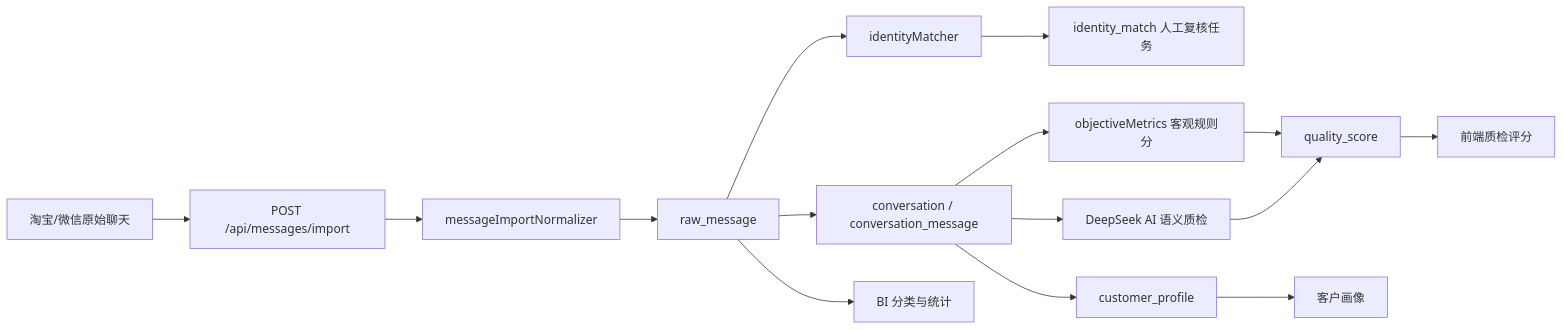
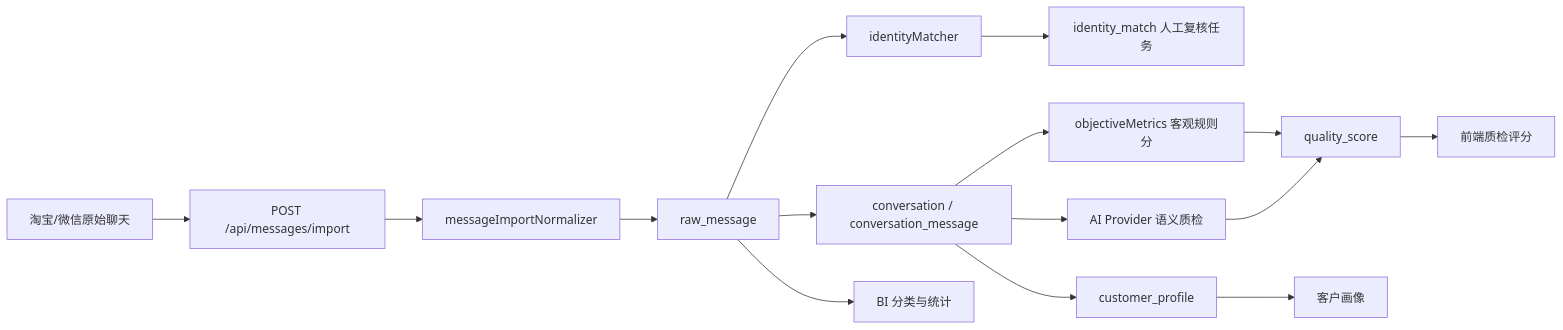
One commit to the-Ks/-k changed the diagram in docs/project-understanding.md. Above: the diagram before and after it, drawn with Mermaid. The commit also changed other lines of this file and 38 other files, not shown here.

````diff
--- a/docs/project-understanding.md
+++ b/docs/project-understanding.md
@@ -44,17 +44,17 @@
 ```mermaid
 flowchart LR
   A["淘宝/微信原始聊天"] --> B["POST /api/messages/import"]
   B --> C["messageImportNormalizer"]
   C --> D["raw_message"]
   D --> E["identityMatcher"]
   E --> F["identity_match 人工复核任务"]
   D --> G["conversation / conversation_message"]
   G --> H["objectiveMetrics 客观规则分"]
-  G --> I["DeepSeek AI 语义质检"]
+  G --> I["AI Provider 语义质检"]
   H --> J["quality_score"]
   I --> J
   G --> K["customer_profile"]
   J --> L["前端质检评分"]
   K --> M["客户画像"]
   D --> N["BI 分类与统计"]
 ```
````
